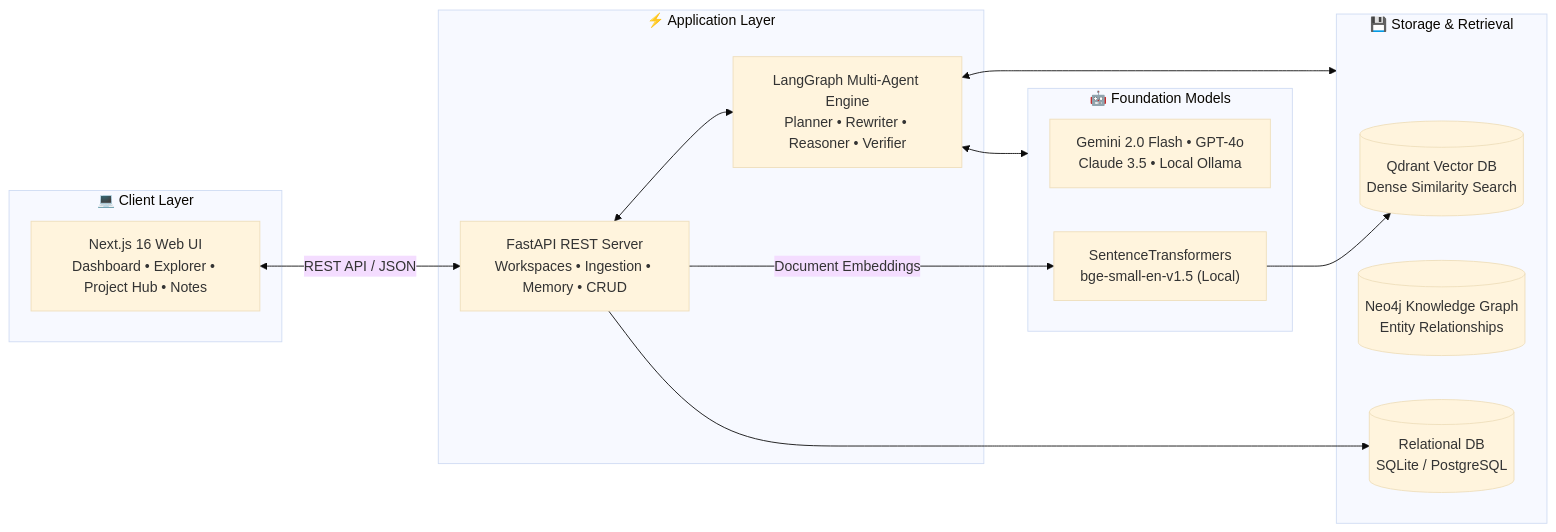
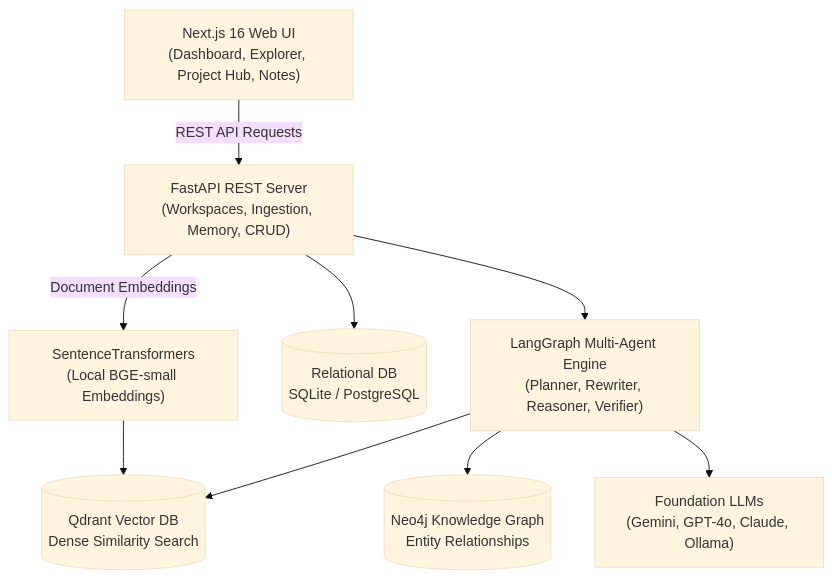
One commit to Mubeennaa12/ResearchHub changed the first of 3 diagrams in README.md. Above: the diagram before and after it, drawn with Mermaid (base theme). The commit also changed other lines of this file, not shown here.

Commit message:
updated the system architecture diagram

````diff
--- a/README.md
+++ b/README.md
@@ -50,29 +50,20 @@
 ```mermaid
-flowchart LR
-    subgraph UI ["💻 Client Layer"]
-        Next["Next.js 16 Web UI<br/>Dashboard • Explorer • Project Hub • Notes"]
-    end
+graph TD
+    UI["Next.js 16 Web UI<br/>(Dashboard, Explorer, Project Hub, Notes)"]
+    FastAPI["FastAPI REST Server<br/>(Workspaces, Ingestion, Memory, CRUD)"]
+    Orchestrator["LangGraph Multi-Agent Engine<br/>(Planner, Rewriter, Reasoner, Verifier)"]
+    Qdrant[("Qdrant Vector DB<br/>Dense Similarity Search")]
+    Neo4j[("Neo4j Knowledge Graph<br/>Entity Relationships")]
+    SQL[("Relational DB<br/>SQLite / PostgreSQL")]
+    LLMs["Foundation LLMs<br/>(Gemini, GPT-4o, Claude, Ollama)"]
+    Embed["SentenceTransformers<br/>(Local BGE-small Embeddings)"]
 
-    subgraph Backend ["⚡ Application Layer"]
-        FastAPI["FastAPI REST Server<br/>Workspaces • Ingestion • Memory • CRUD"]
-        Orchestrator["LangGraph Multi-Agent Engine<br/>Planner • Rewriter • Reasoner • Verifier"]
-    end
-
-    subgraph Storage ["💾 Storage & Retrieval"]
-        Qdrant[("Qdrant Vector DB<br/>Dense Similarity Search")]
-        Neo4j[("Neo4j Knowledge Graph<br/>Entity Relationships")]
-        SQL[("Relational DB<br/>SQLite / PostgreSQL")]
-    end
-
-    subgraph Models ["🤖 Foundation Models"]
-        LLMs["Gemini 2.0 Flash • GPT-4o<br/>Claude 3.5 • Local Ollama"]
-        Embed["SentenceTransformers<br/>bge-small-en-v1.5 (Local)"]
-    end
-
-    Next <-->|REST API / JSON| FastAPI
-    FastAPI <--> Orchestrator
+    UI -->|REST API Requests| FastAPI
     FastAPI --> SQL
-    FastAPI -->|Document Embeddings| Embed --> Qdrant
-    Orchestrator <--> Storage
-    Orchestrator <--> Models
+    FastAPI -->|Document Embeddings| Embed
+    Embed --> Qdrant
+    FastAPI --> Orchestrator
+    Orchestrator --> Qdrant
+    Orchestrator --> Neo4j
+    Orchestrator --> LLMs
 ```
````
